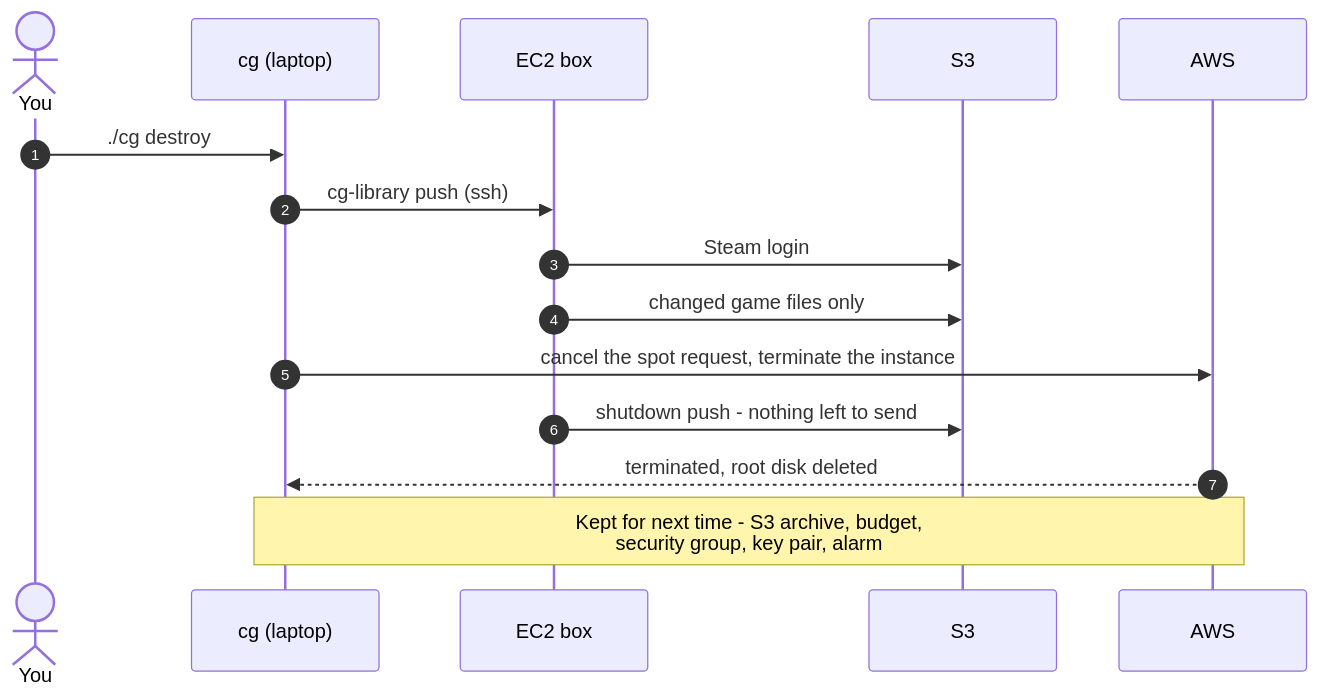
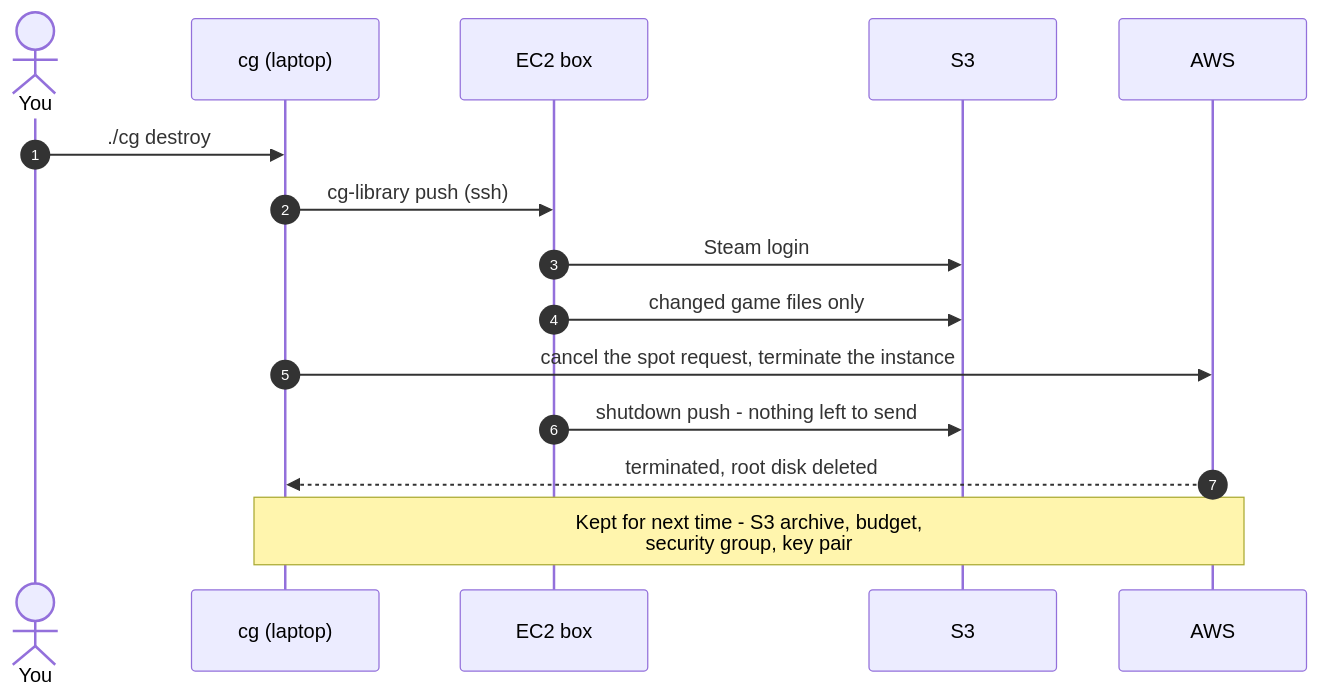
One commit to jebin2/aws_cloud_gaming changed the sixth of 7 diagrams in docs/architecture.md. Above: the diagram before and after it, drawn with Mermaid. The commit also changed other lines of this file and 27 other files, not shown here.

````diff
--- a/docs/architecture.md
+++ b/docs/architecture.md
@@ -157,18 +151,18 @@
 ```mermaid
 sequenceDiagram
   autonumber
   actor You
   participant cg as cg (laptop)
   participant EC2 as EC2 box
   participant S3
   participant AWS
 
   You->>cg: ./cg destroy
   cg->>EC2: cg-library push (ssh)
   EC2->>S3: Steam login
   EC2->>S3: changed game files only
   cg->>AWS: cancel the spot request, terminate the instance
   EC2->>S3: shutdown push - nothing left to send
   AWS-->>cg: terminated, root disk deleted
-  Note over cg,AWS: Kept for next time - S3 archive, budget,<br/>security group, key pair, alarm
+  Note over cg,AWS: Kept for next time - S3 archive, budget,<br/>security group, key pair
 ```
````
